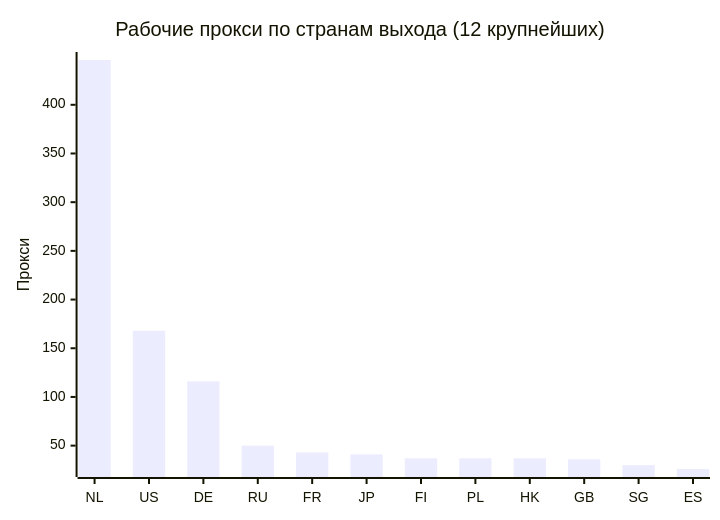
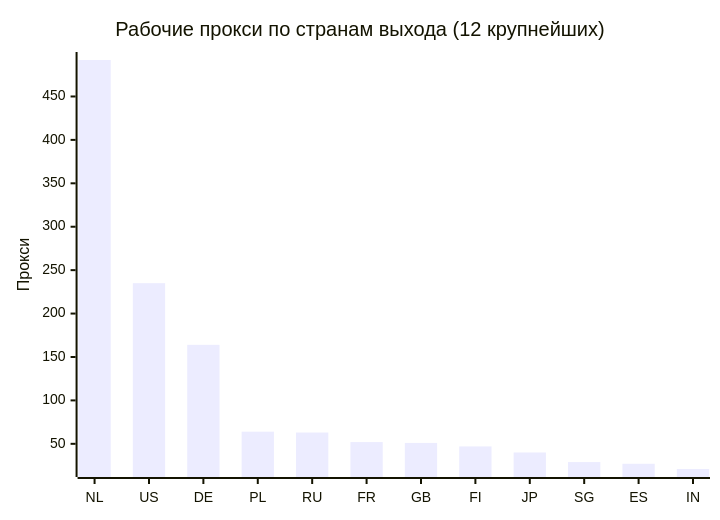
The second of 4 diagrams in README.md (rvvg/proxy-subs), drawn with Mermaid before and after one commit. The commit also changed other lines of this file and 54 other files, not shown here.

````diff
--- a/README.md
+++ b/README.md
@@ -130,7 +135,7 @@
 ```mermaid
 xychart-beta
     title "Рабочие прокси по странам выхода (12 крупнейших)"
-    x-axis ["NL", "US", "DE", "RU", "FR", "JP", "FI", "PL", "HK", "GB", "SG", "ES"]
+    x-axis ["NL", "US", "DE", "PL", "RU", "FR", "GB", "FI", "JP", "SG", "ES", "IN"]
     y-axis "Прокси"
-    bar [446, 168, 116, 50, 43, 41, 37, 37, 37, 36, 30, 26]
+    bar [492, 235, 164, 64, 63, 52, 51, 47, 40, 29, 27, 21]
 ```
````
